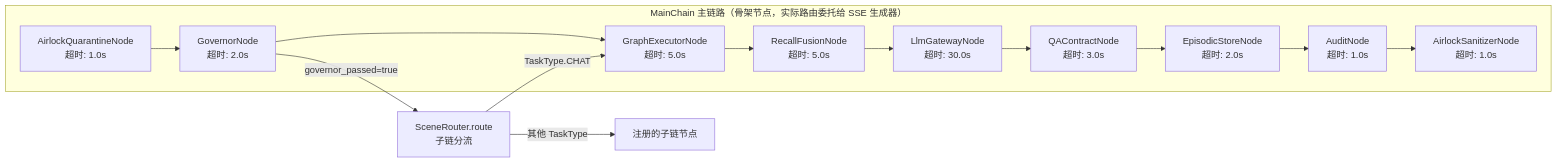
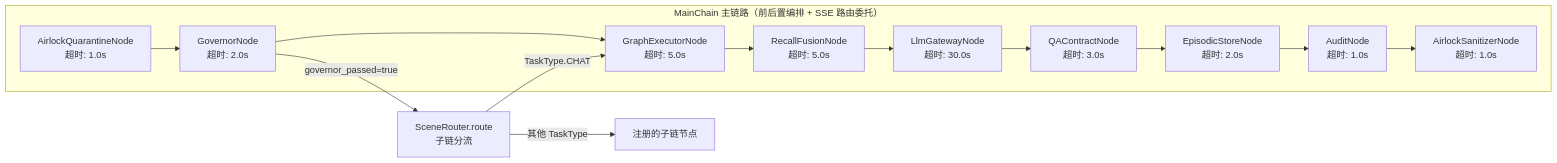
Before and after one commit to SakuraYoruno/Natsume_Ai: the tenth of 22 diagrams in docs/dataflow_report_20260311.md, drawn with Mermaid. The commit also changed other lines of this file and 20 other files, not shown here.

````diff
--- a/docs/dataflow_report_20260311.md
+++ b/docs/dataflow_report_20260311.md
@@ -447,20 +447,20 @@
 ```mermaid
 flowchart LR
-    subgraph MAIN_CHAIN["MainChain 主链路（骨架节点，实际路由委托给 SSE 生成器）"]
+    subgraph MAIN_CHAIN["MainChain 主链路（前后置编排 + SSE 路由委托）"]
         N1["AirlockQuarantineNode\n超时: 1.0s"]
         N2["GovernorNode\n超时: 2.0s"]
         N3["GraphExecutorNode\n超时: 5.0s"]
         N4["RecallFusionNode\n超时: 5.0s"]
         N5["LlmGatewayNode\n超时: 30.0s"]
         N6["QAContractNode\n超时: 3.0s"]
         N7["EpisodicStoreNode\n超时: 2.0s"]
         N8["AuditNode\n超时: 1.0s"]
         N9["AirlockSanitizerNode\n超时: 1.0s"]
     end
 
     N1 --> N2 --> N3 --> N4 --> N5 --> N6 --> N7 --> N8 --> N9
 
     N2 -->|"governor_passed=true"| SR["SceneRouter.route\n子链分流"]
     SR -->|"TaskType.CHAT"| N3
     SR -->|"其他 TaskType"| SUB["注册的子链节点"]
 ```
````
